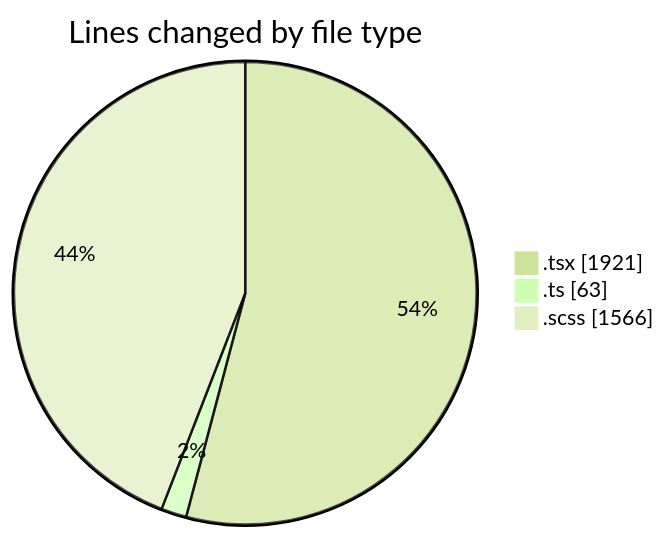
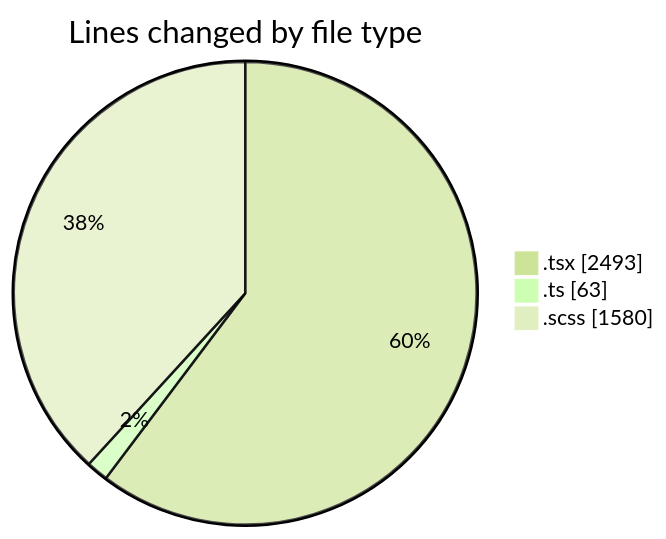
The first of 2 diagrams in 2025-04-02/cda/README.md (momahboobian/code-tracking), drawn with Mermaid (forest theme) before and after one commit. The commit also changed other lines of this file and 1 other file, not shown here.

````diff
--- a/2025-04-02/cda/README.md
+++ b/2025-04-02/cda/README.md
@@ -30,7 +30,7 @@
 ```mermaid
 pie showData
 title Lines changed by file type
-".tsx" : 1921
+".tsx" : 2493
 ".ts" : 63
-".scss" : 1566
+".scss" : 1580
 ```
````
